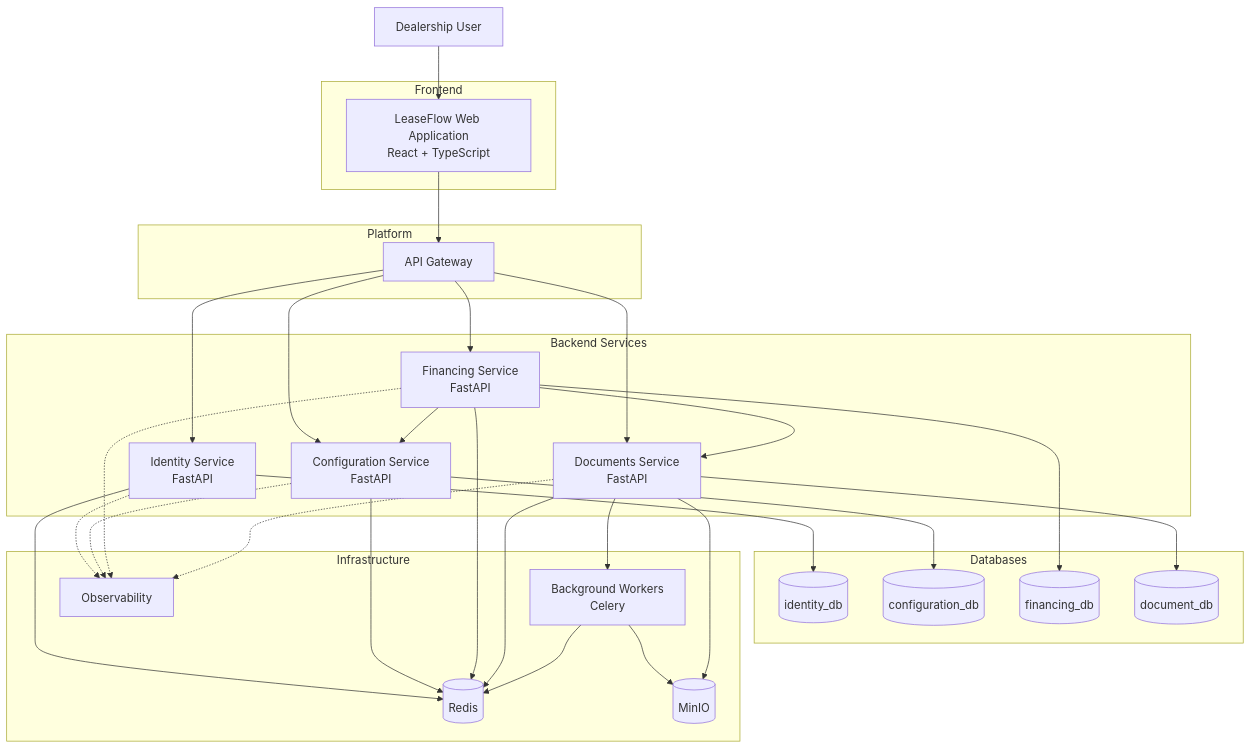
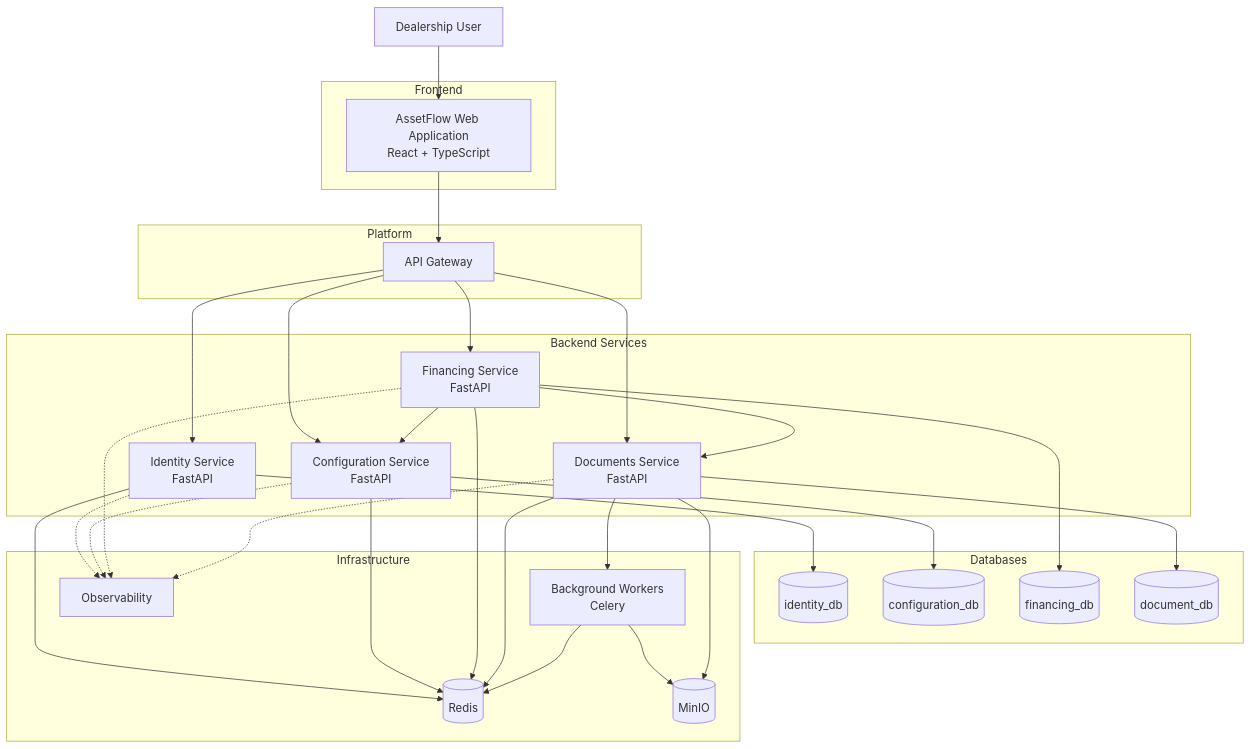
One commit to itzwoki/assetflow-platform changed the first of 4 diagrams in docs/05_SYSTEM_ARCHITECTURE.md. Above: the diagram before and after it, drawn with Mermaid. The commit also changed other lines of this file and 6 other files, not shown here.

````diff
--- a/docs/05_SYSTEM_ARCHITECTURE.md
+++ b/docs/05_SYSTEM_ARCHITECTURE.md
@@ -48,64 +48,64 @@
 ```mermaid
 flowchart TB
     User[Dealership User]
 
     subgraph Frontend
-        Web[LeaseFlow Web Application<br/>React + TypeScript]
+        Web[AssetFlow Web Application<br/>React + TypeScript]
     end
 
     subgraph Platform
         Gateway[API Gateway]
     end
 
     subgraph Backend Services
         Identity[Identity Service<br/>FastAPI]
         Config[Configuration Service<br/>FastAPI]
         Financing[Financing Service<br/>FastAPI]
         Documents[Documents Service<br/>FastAPI]
     end
 
     subgraph Databases
         IdentityDB[(identity_db)]
         ConfigDB[(configuration_db)]
         FinancingDB[(financing_db)]
         DocumentDB[(document_db)]
     end
 
     subgraph Infrastructure
         Redis[(Redis)]
         Worker[Background Workers<br/>Celery]
         Storage[(MinIO)]
         Monitoring[Observability]
     end
 
     User --> Web
     Web --> Gateway
 
     Gateway --> Identity
     Gateway --> Config
     Gateway --> Financing
     Gateway --> Documents
 
     Identity --> IdentityDB
     Config --> ConfigDB
     Financing --> FinancingDB
     Documents --> DocumentDB
 
     Financing --> Config
     Financing --> Documents
 
     Identity --> Redis
     Config --> Redis
     Financing --> Redis
     Documents --> Redis
 
     Documents --> Worker
     Worker --> Redis
     Worker --> Storage
     Documents --> Storage
 
     Identity -.-> Monitoring
     Config -.-> Monitoring
     Financing -.-> Monitoring
     Documents -.-> Monitoring
 ```
````
